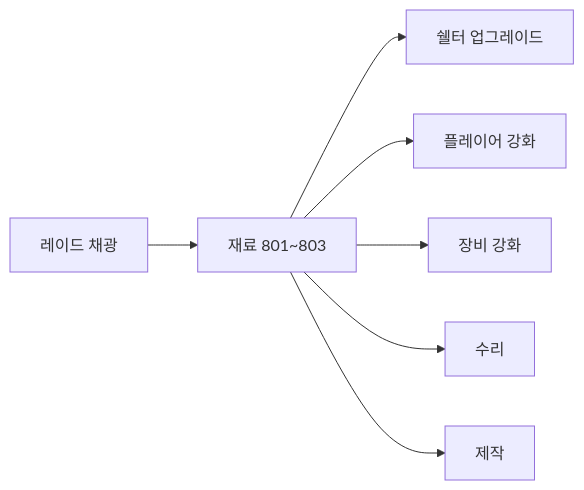
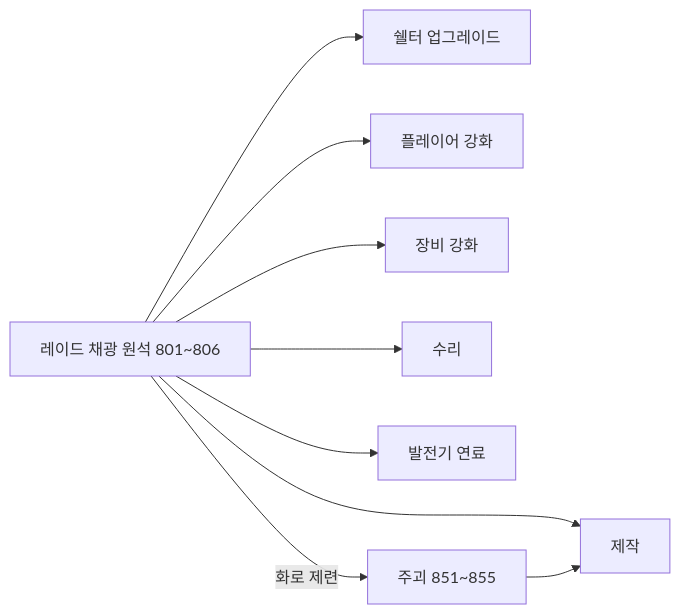
One commit to ksjgusdh123/PocoPoachers changed the diagram in Docs/design/progression.md. Above: the diagram before and after it, drawn with Mermaid. The commit also changed other lines of this file and 12 other files, not shown here.

````diff
--- a/Docs/design/progression.md
+++ b/Docs/design/progression.md
@@ -99,9 +113,11 @@
 ```mermaid
 flowchart LR
-    Ore[레이드 채광] --> Ingredient[재료 801~803]
-    Ingredient --> ShelterUp[쉘터 업그레이드]
-    Ingredient --> Enhance[플레이어 강화]
-    Ingredient --> GunEnhance[장비 강화]
-    Ingredient --> Repair[수리]
-    Ingredient --> Craft[제작]
+    Ore[레이드 채광 원석 801~806] --> ShelterUp[쉘터 업그레이드]
+    Ore --> Enhance[플레이어 강화]
+    Ore --> GunEnhance[장비 강화]
+    Ore --> Repair[수리]
+    Ore --> Craft[제작]
+    Ore --> Fuel[발전기 연료]
+    Ore -->|화로 제련| Ingot[주괴 851~855]
+    Ingot --> Craft
 ```
````
